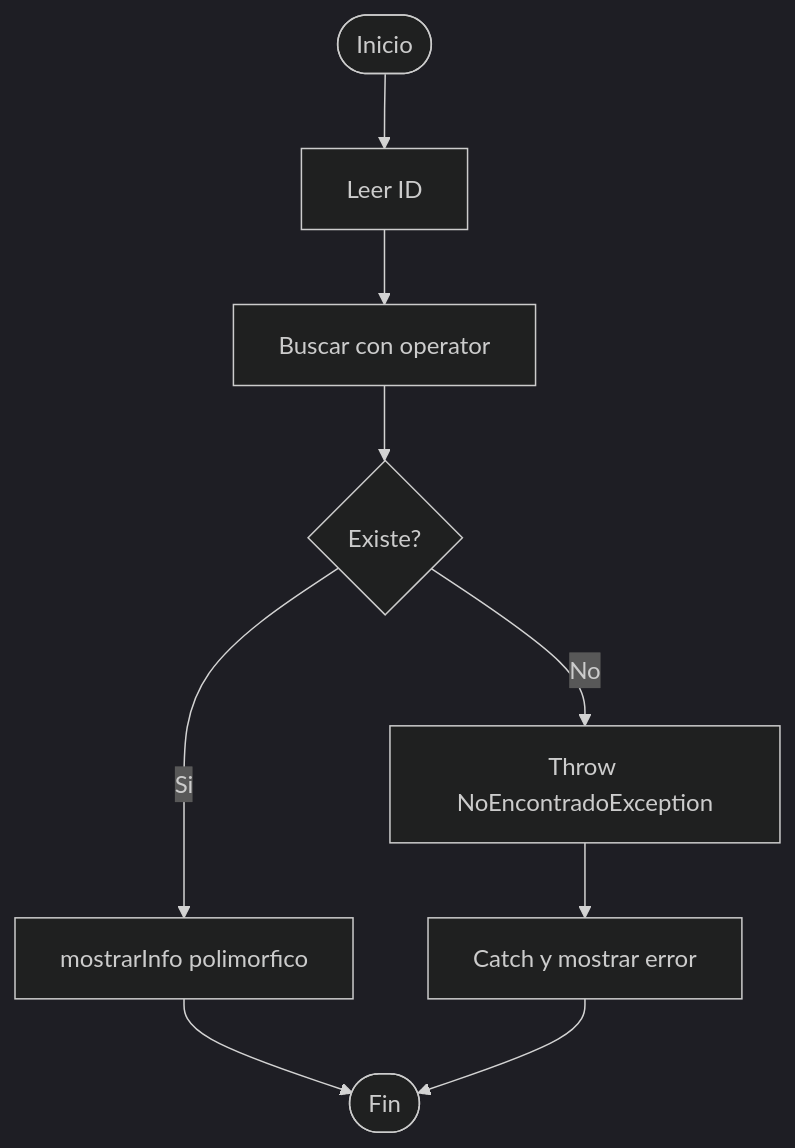
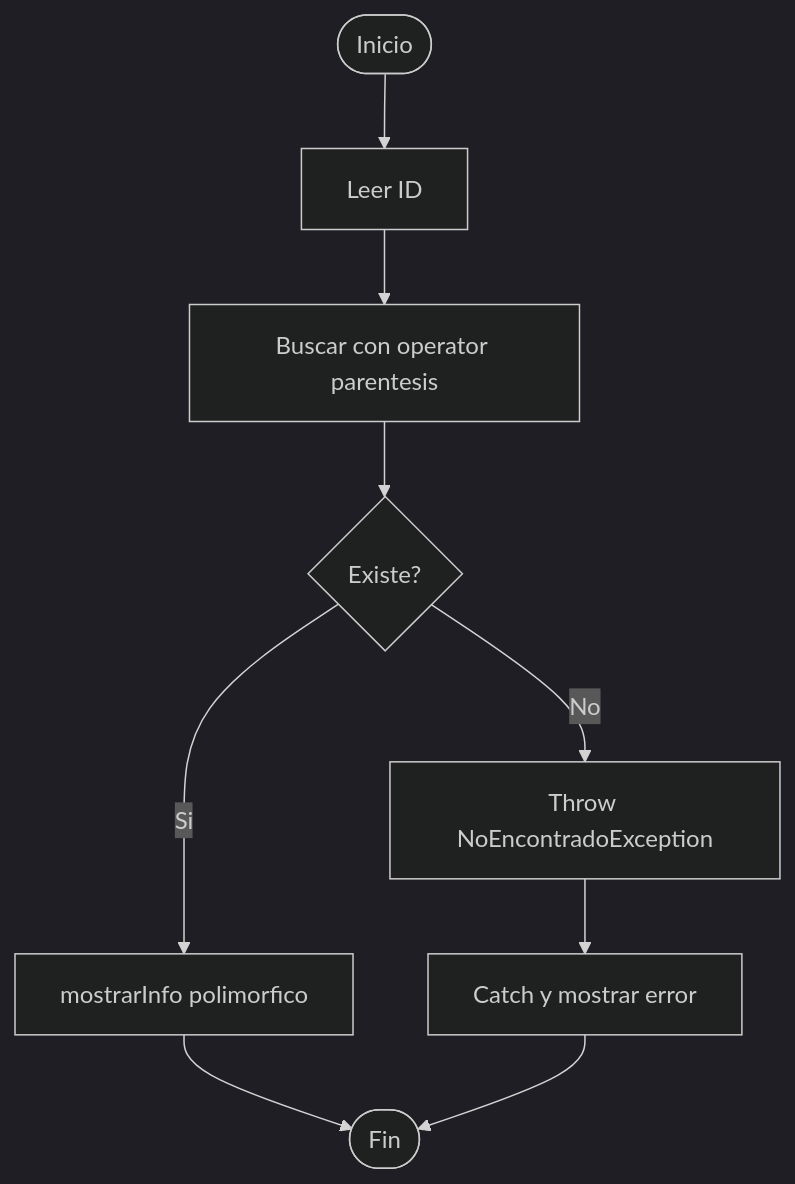
One commit to santiristorto/Proyecto-POO changed the fourth of 15 diagrams in docs/diagramas.md. Above: the diagram before and after it, drawn with Mermaid (dark theme). The commit also changed other lines of this file and 13 other files, not shown here.

````diff
--- a/docs/diagramas.md
+++ b/docs/diagramas.md
@@ -72,11 +74,11 @@
 ```mermaid
 flowchart TD
     A([Inicio]) --> B[Leer ID]
-    B --> C[Buscar con operator]
+    B --> C[Buscar con operator parentesis]
     C --> D{Existe?}
     D -->|No| E[Throw NoEncontradoException]
     D -->|Si| F[mostrarInfo polimorfico]
     E --> G[Catch y mostrar error]
     F --> H([Fin])
     G --> H
 ```
````
